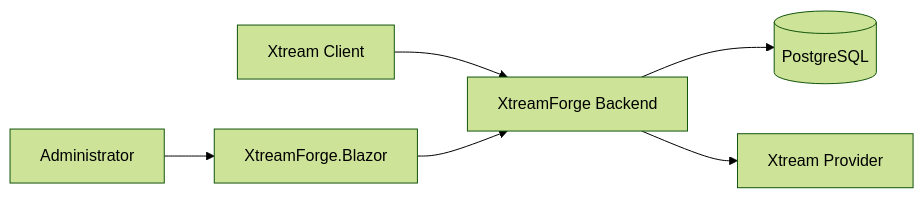
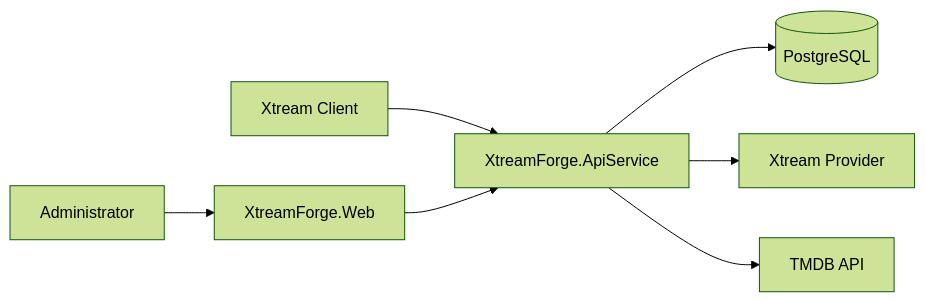
One commit to fred2u/XtreamForge changed the diagram in README.md. Above: the diagram before and after it, drawn with Mermaid (forest theme). The commit also changed other lines of this file and 451 other files, not shown here.

First line of the commit message:
Refactor category architecture around source persistence and category orchestration (#8)

````diff
--- a/README.md
+++ b/README.md
@@ -22,9 +21,10 @@
 ```mermaid
 flowchart LR
-    Client[Xtream Client] --> Backend[XtreamForge Backend]
-    Backend --> Db[(PostgreSQL)]
-    Backend --> Upstream[Xtream Provider]
+    Client[Xtream Client] --> Api[XtreamForge.ApiService]
+    Api --> Db[(PostgreSQL)]
+    Api --> Upstream[Xtream Provider]
+    Api --> Tmdb[TMDB API]
 
-    Admin[Administrator] --> Blazor[XtreamForge.Blazor]
-    Blazor --> Backend
+    Admin[Administrator] --> Web[XtreamForge.Web]
+    Web --> Api
 ```
````
